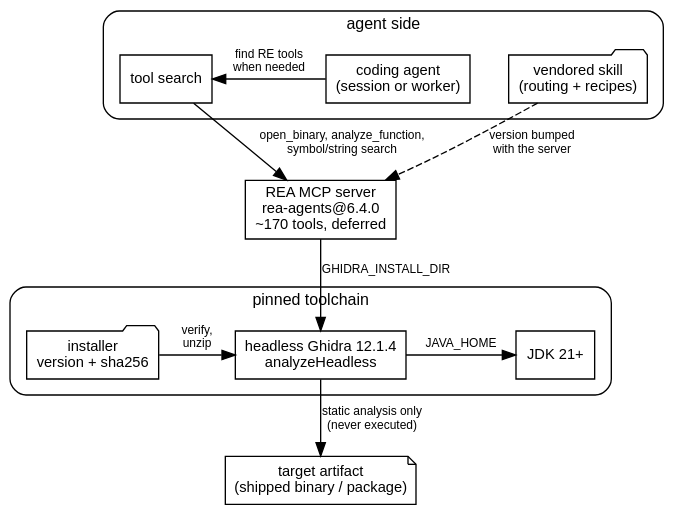
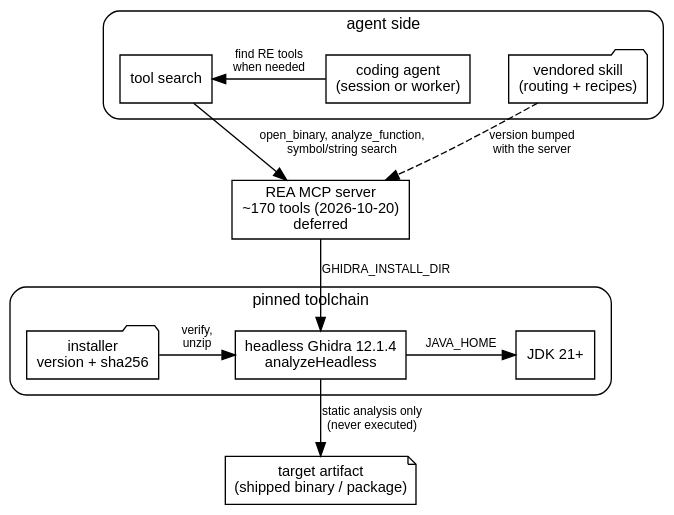
One commit to erfianugrah/lexicanum changed the first of 2 diagrams in src/content/docs/reference/agent-assisted-reverse-engineering.mdx. Above: the diagram before and after it, drawn with Graphviz. The commit also changed other lines of this file and 14 other files, not shown here.

First line of the commit message:
docs(harnesses): presentation, diagram and prose pass over the pi harness series (lexicanum#57)

````diff
--- a/src/content/docs/reference/agent-assisted-reverse-engineering.mdx
+++ b/src/content/docs/reference/agent-assisted-reverse-engineering.mdx
@@ -28,33 +27,33 @@
 ```dot
 digraph {
   rankdir=TB; bgcolor="transparent"; compound=true; nodesep=0.4; ranksep=0.5;
   fontname="Helvetica,Arial,sans-serif";
   node [fontname="Helvetica,Arial,sans-serif", fontsize=11, shape=box];
   edge [fontname="Helvetica,Arial,sans-serif", fontsize=9];
 
   subgraph cluster_agent {
     label="agent side"; style=rounded; fontsize=12; margin=12;
     agent  [label="coding agent\n(session or worker)"];
     search [label="tool search"];
     skill  [label="vendored skill\n(routing + recipes)", shape=folder];
     { rank=same; agent; search; skill; }
     agent -> search [label="find RE tools\nwhen needed"];
   }
-  mcp [label="REA MCP server\nrea-agents@6.4.0\n~170 tools, deferred"];
+  mcp [label="REA MCP server\n~170 tools (2026-10-20)\ndeferred"];
   subgraph cluster_tools {
     label="pinned toolchain"; style=rounded; fontsize=12; margin=12;
     install [label="installer\nversion + sha256", shape=folder];
     ghidra  [label="headless Ghidra 12.1.4\nanalyzeHeadless"];
     jdk     [label="JDK 21+"];
     { rank=same; install; ghidra; jdk; }
     install -> ghidra [label="verify,\nunzip"];
     ghidra -> jdk [label="JAVA_HOME"];
   }
   target [label="target artifact\n(shipped binary / package)", shape=note];
 
   search -> mcp [label="open_binary, analyze_function,\nsymbol/string search"];
   skill -> mcp [label="version bumped\nwith the server", style=dashed];
   mcp -> ghidra [label="GHIDRA_INSTALL_DIR"];
   ghidra -> target [label="static analysis only\n(never executed)"];
 }
 ```
````
